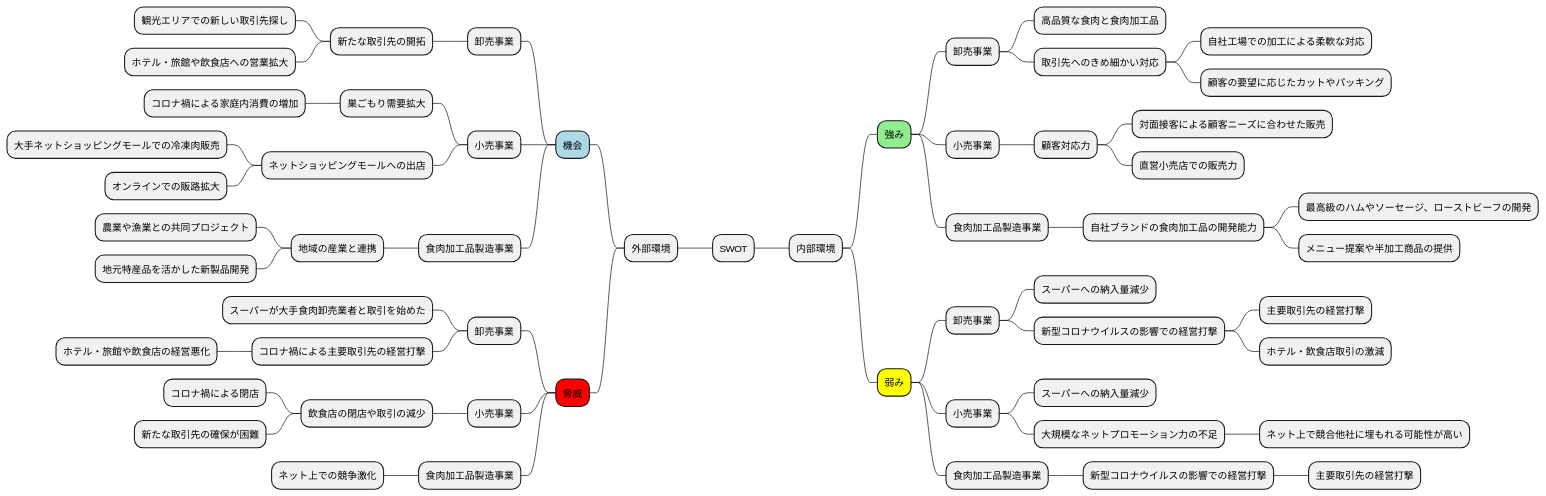
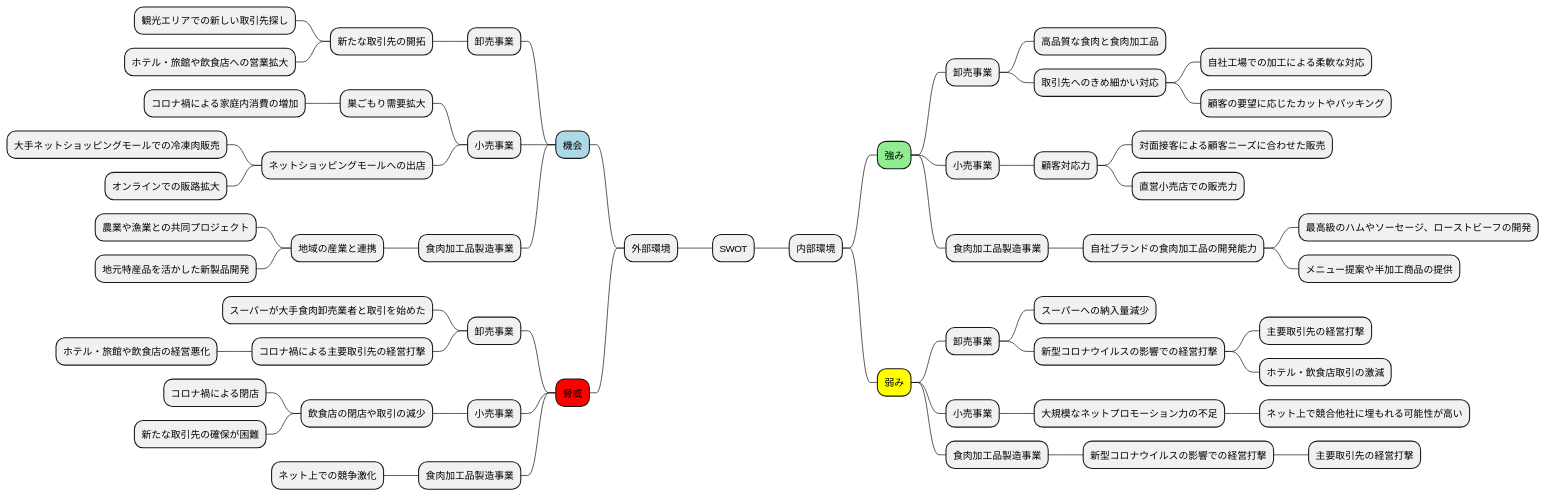
The third of 15 diagrams in docs/case/r04_case_2.adoc (k2works/case-sutudy-business-analysis), drawn with PlantUML before and after one commit. The commit also changed other lines of this file, not shown here.

```diff
--- a/docs/case/r04_case_2.adoc
+++ b/docs/case/r04_case_2.adoc
@@ -140,64 +140,63 @@
 [plantuml]
 ----
 @startmindmap
 * SWOT
 -- 外部環境
 ---[#lightblue] 機会
 ---- 卸売事業
 ----- 新たな取引先の開拓
 ------ 観光エリアでの新しい取引先探し
 ------ ホテル・旅館や飲食店への営業拡大
 ---- 小売事業
 ----- 巣ごもり需要拡大
 ------ コロナ禍による家庭内消費の増加
 ----- ネットショッピングモールへの出店
 ------ 大手ネットショッピングモールでの冷凍肉販売
 ------ オンラインでの販路拡大
 ---- 食肉加工品製造事業
 ----- 地域の産業と連携
 ------ 農業や漁業との共同プロジェクト
 ------ 地元特産品を活かした新製品開発
 
 ---[#red] 脅威
 ---- 卸売事業
 ----- スーパーが大手食肉卸売業者と取引を始めた
 ----- コロナ禍による主要取引先の経営打撃
 ------ ホテル・旅館や飲食店の経営悪化
 ---- 小売事業
 ----- 飲食店の閉店や取引の減少
 ------ コロナ禍による閉店
 ------ 新たな取引先の確保が困難
 ---- 食肉加工品製造事業
 ----- ネット上での競争激化
 
 ** 内部環境
 ***[#lightgreen] 強み
 **** 卸売事業
 ***** 高品質な食肉と食肉加工品
 ***** 取引先へのきめ細かい対応
 ****** 自社工場での加工による柔軟な対応
 ****** 顧客の要望に応じたカットやパッキング
 **** 小売事業
 ***** 顧客対応力
 ****** 対面接客による顧客ニーズに合わせた販売
 ****** 直営小売店での販売力
 **** 食肉加工品製造事業
 ***** 自社ブランドの食肉加工品の開発能力
 ****** 最高級のハムやソーセージ、ローストビーフの開発
 ****** メニュー提案や半加工商品の提供
 
 ***[#yellow] 弱み
 **** 卸売事業
 ***** スーパーへの納入量減少
 ***** 新型コロナウイルスの影響での経営打撃
 ****** 主要取引先の経営打撃
 ****** ホテル・飲食店取引の激減
 **** 小売事業
-***** スーパーへの納入量減少
 ***** 大規模なネットプロモーション力の不足
 ****** ネット上で競合他社に埋もれる可能性が高い
 **** 食肉加工品製造事業
 ***** 新型コロナウイルスの影響での経営打撃
 ****** 主要取引先の経営打撃
 @endmindmap
 ----
```
